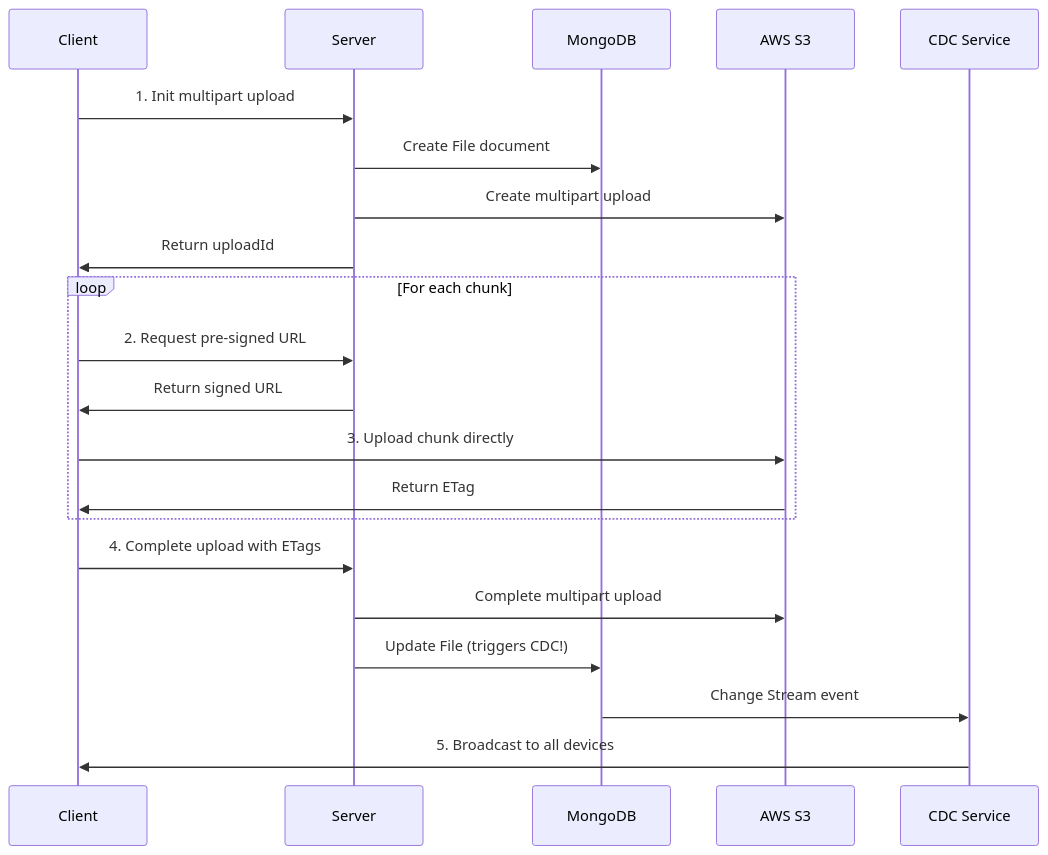
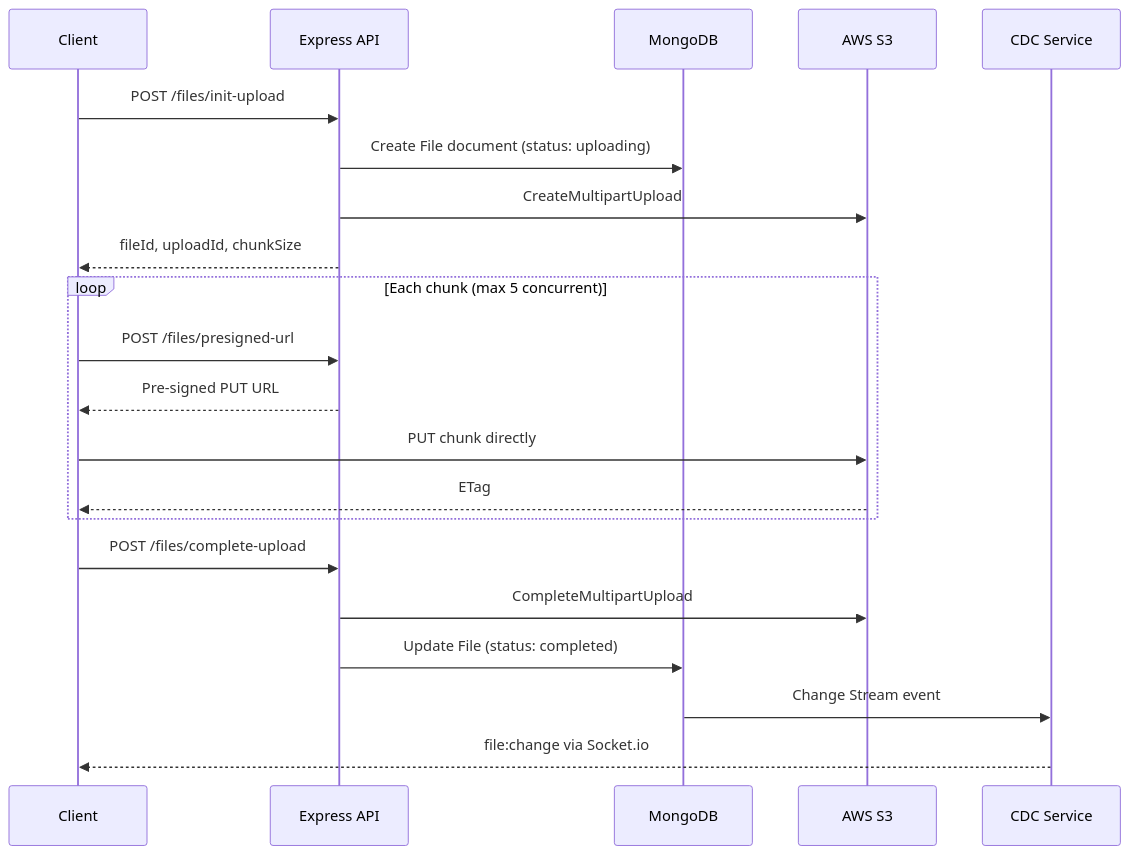
The first of 2 diagrams in README.md (cindyylim/FileShareApp), drawn with Mermaid before and after one commit. The commit also changed other lines of this file and 17 other files, not shown here.

Commit message:
chore: update .gitignore, enhance README, and add testing scripts for client and server

````diff
--- a/README.md
+++ b/README.md
@@ -124,26 +25,26 @@
 ```mermaid
 sequenceDiagram
-    participant C as Client
-    participant S as Server
-    participant M as MongoDB
+    participant Client
+    participant API as Express API
+    participant DB as MongoDB
     participant S3 as AWS S3
     participant CDC as CDC Service
-    
-    C->>S: 1. Init multipart upload
-    S->>M: Create File document
-    S->>S3: Create multipart upload
-    S->>C: Return uploadId
-    
-    loop For each chunk
-        C->>S: 2. Request pre-signed URL
-        S->>C: Return signed URL
-        C->>S3: 3. Upload chunk directly
-        S3->>C: Return ETag
+
+    Client->>API: POST /files/init-upload
+    API->>DB: Create File document (status: uploading)
+    API->>S3: CreateMultipartUpload
+    API-->>Client: fileId, uploadId, chunkSize
+
+    loop Each chunk (max 5 concurrent)
+        Client->>API: POST /files/presigned-url
+        API-->>Client: Pre-signed PUT URL
+        Client->>S3: PUT chunk directly
+        S3-->>Client: ETag
     end
-    
-    C->>S: 4. Complete upload with ETags
-    S->>S3: Complete multipart upload
-    S->>M: Update File (triggers CDC!)
-    M->>CDC: Change Stream event
-    CDC->>C: 5. Broadcast to all devices
+
+    Client->>API: POST /files/complete-upload
+    API->>S3: CompleteMultipartUpload
+    API->>DB: Update File (status: completed)
+    DB->>CDC: Change Stream event
+    CDC-->>Client: file:change via Socket.io
 ```
````
